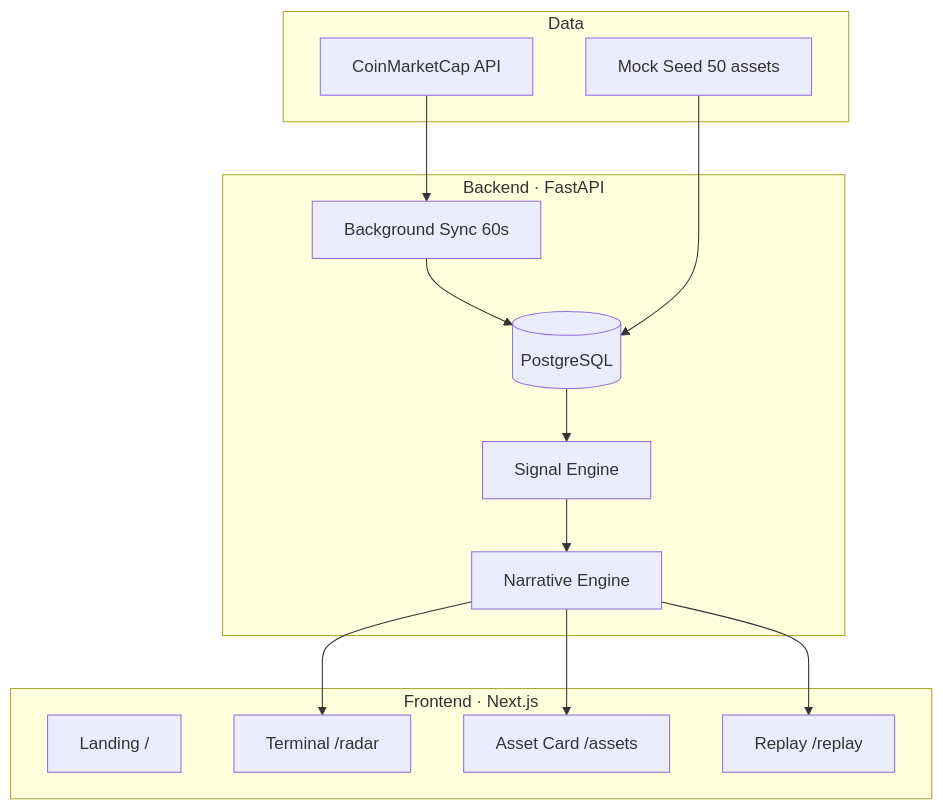
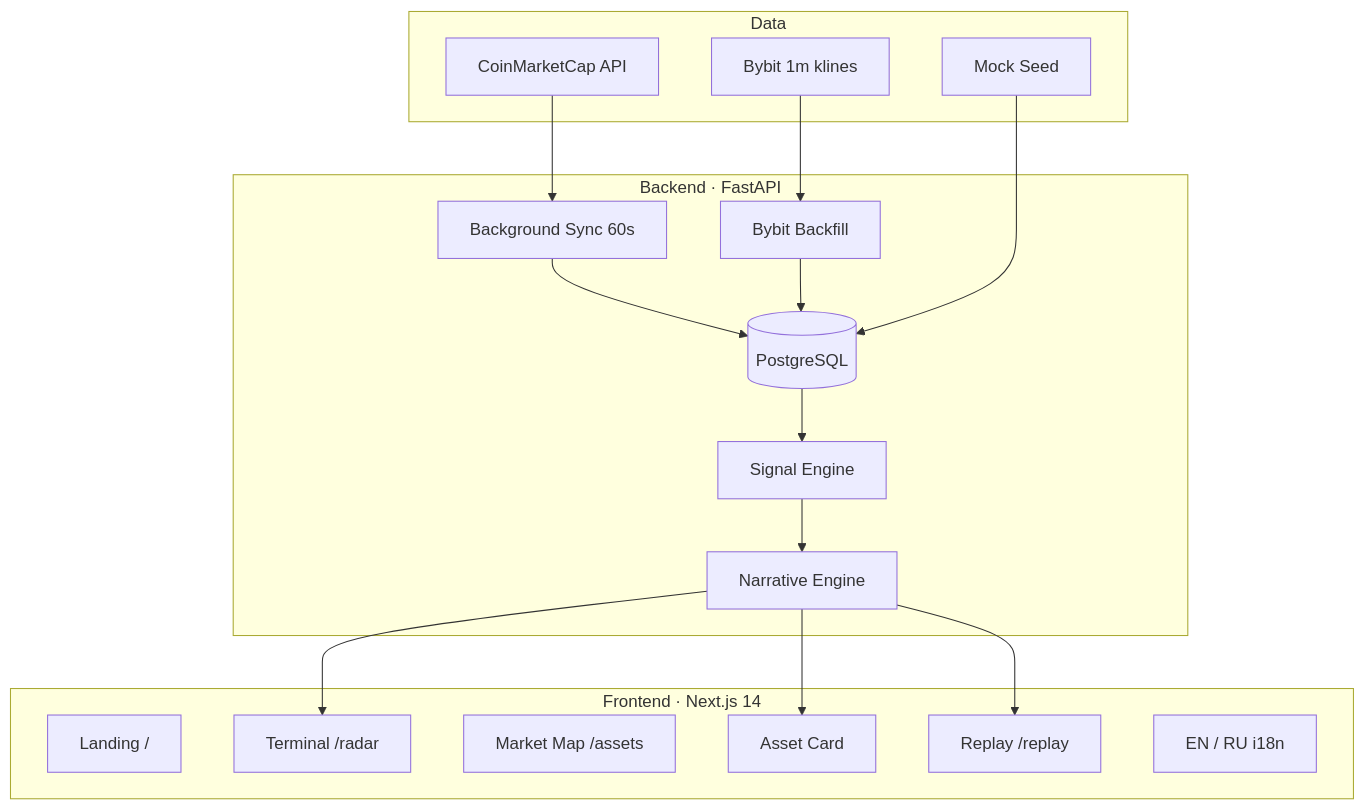
The diagram in README.md (heavyRainn/ragnaR), drawn with Mermaid before and after one commit. The commit also changed other lines of this file and 93 other files, not shown here.

````diff
--- a/README.md
+++ b/README.md
@@ -135,30 +142,36 @@
 ```mermaid
 flowchart TB
     subgraph Data
         CMC[CoinMarketCap API]
-        Mock[Mock Seed 50 assets]
+        Bybit[Bybit 1m klines]
+        Mock[Mock Seed]
     end
 
     subgraph Backend["Backend · FastAPI"]
         Sync[Background Sync 60s]
+        Backfill[Bybit Backfill]
         DB[(PostgreSQL)]
         SE[Signal Engine]
         NE[Narrative Engine]
         Sync --> DB
+        Backfill --> DB
         DB --> SE
         SE --> NE
     end
 
-    subgraph Frontend["Frontend · Next.js"]
+    subgraph Frontend["Frontend · Next.js 14"]
         Landing[Landing /]
         Radar[Terminal /radar]
-        Asset[Asset Card /assets]
+        Map[Market Map /assets]
+        Asset[Asset Card]
         Replay[Replay /replay]
+        I18n[EN / RU i18n]
     end
 
     CMC --> Sync
+    Bybit --> Backfill
     Mock --> DB
     NE --> Radar
     NE --> Asset
     NE --> Replay
 ```
````
